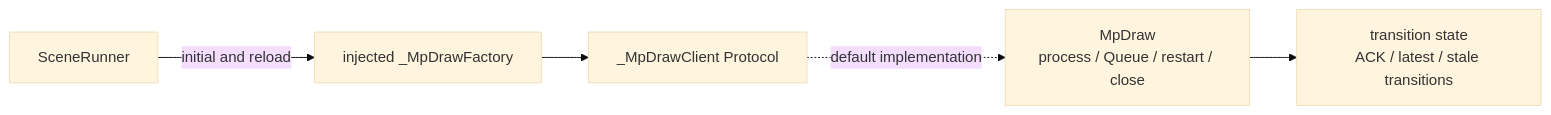
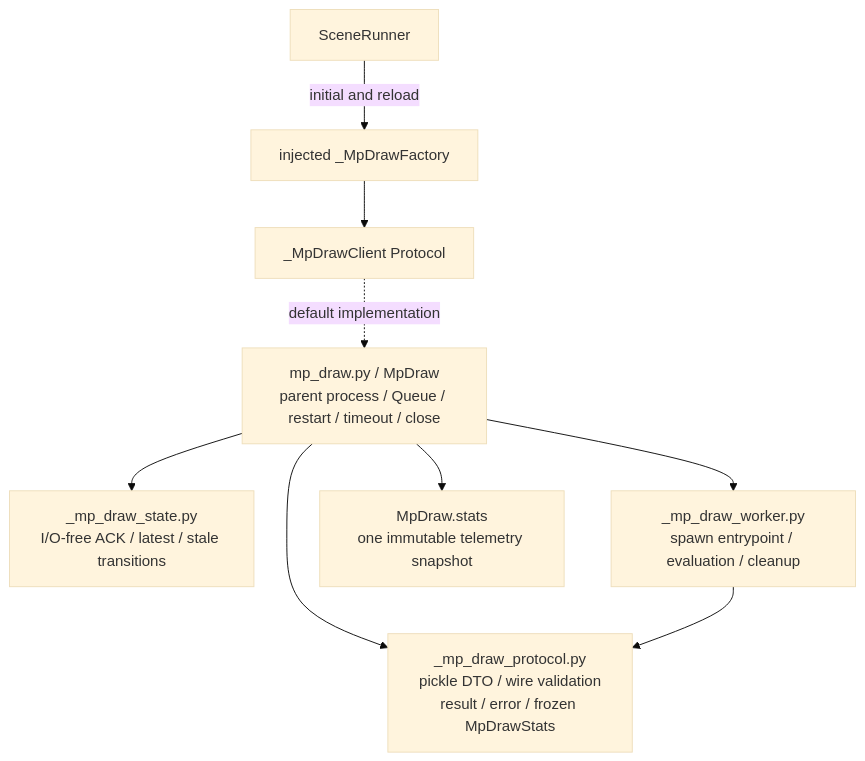
One commit to tyhts0829/graft changed the ninth of 25 diagrams in docs/architecture_visualization.md. Above: the diagram before and after it, drawn with Mermaid (base theme). The commit also changed other lines of this file and 135 other files, not shown here.

````diff
--- a/docs/architecture_visualization.md
+++ b/docs/architecture_visualization.md
@@ -295,12 +311,19 @@
 ```mermaid
-flowchart LR
+flowchart TB
     sr["SceneRunner"]
     factory["injected _MpDrawFactory"]
     client["_MpDrawClient Protocol"]
-    mp["MpDraw<br/>process / Queue / restart / close"]
-    state["transition state<br/>ACK / latest / stale transitions"]
+    mp["mp_draw.py / MpDraw<br/>parent process / Queue / restart / timeout / close"]
+    protocol["_mp_draw_protocol.py<br/>pickle DTO / wire validation<br/>result / error / frozen MpDrawStats"]
+    state["_mp_draw_state.py<br/>I/O-free ACK / latest / stale transitions"]
+    worker["_mp_draw_worker.py<br/>spawn entrypoint / evaluation / cleanup"]
+    stats["MpDraw.stats<br/>one immutable telemetry snapshot"]
 
     sr -->|"initial and reload"| factory --> client
     client -.->|"default implementation"| mp
     mp --> state
+    mp --> protocol
+    mp --> worker
+    mp --> stats
+    worker --> protocol
 ```
````
